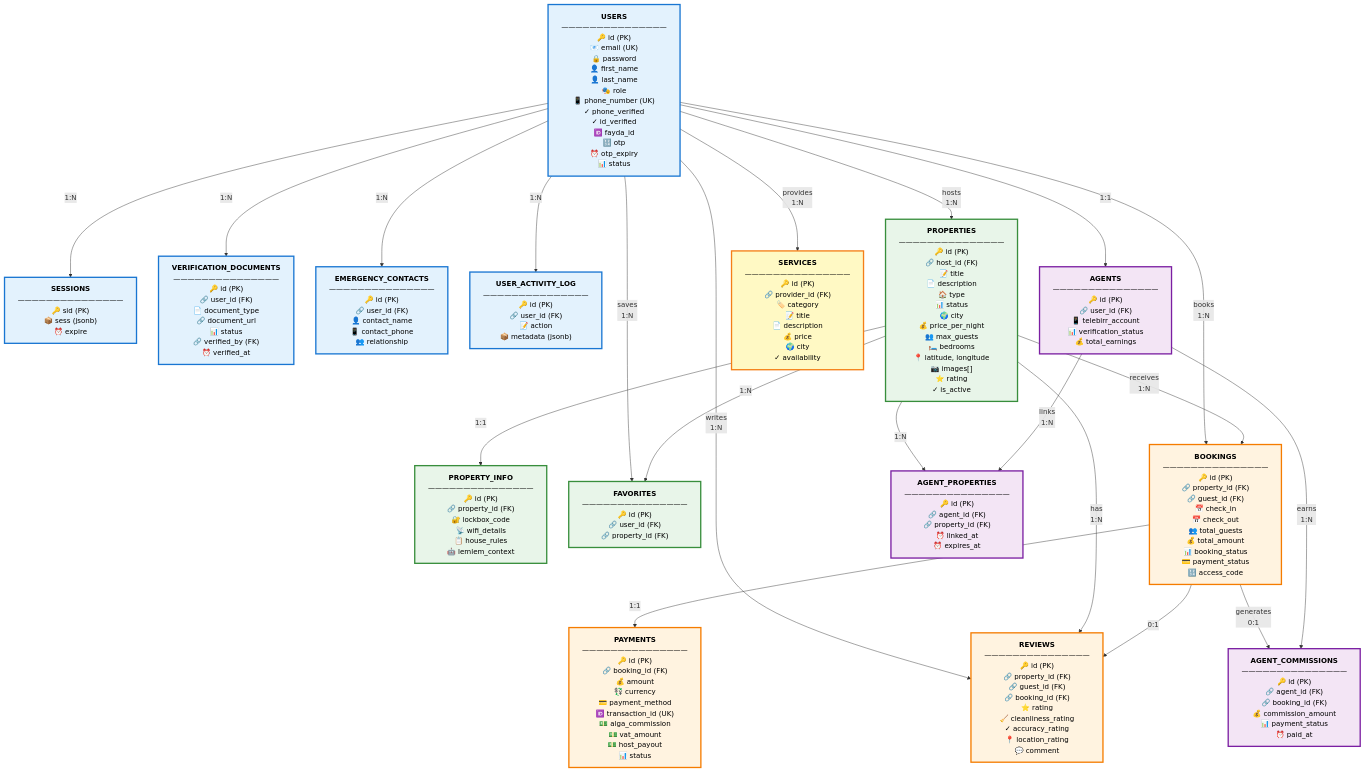
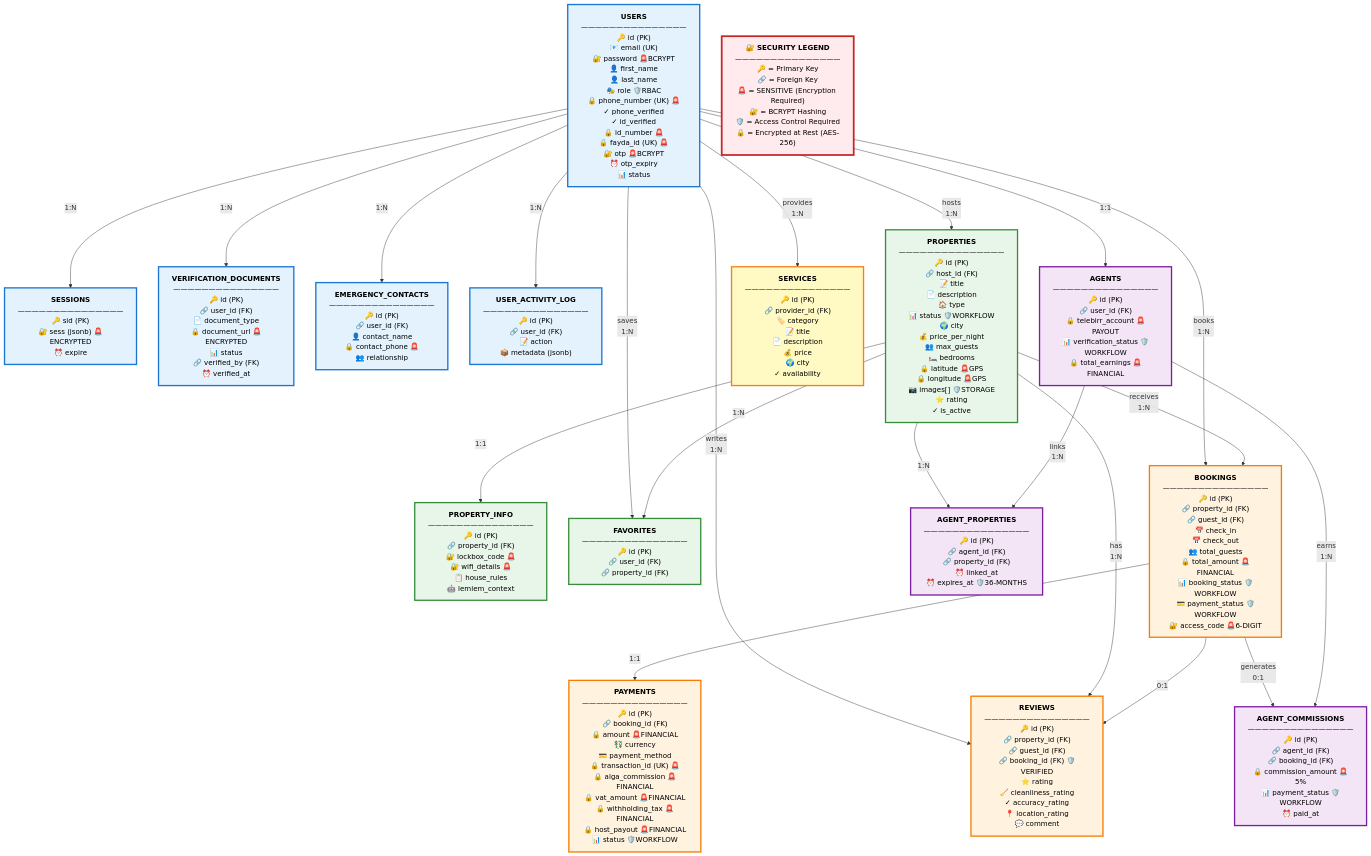
The diagram in docs/diagrams/ERD_Database_Schema.md (Alga-weyni/alga-app), drawn with Mermaid before and after one commit. The commit also changed other lines of this file, not shown here.

First line of the commit message:
Update database diagram to mark sensitive fields requiring encryption and access control

````diff
--- a/docs/diagrams/ERD_Database_Schema.md
+++ b/docs/diagrams/ERD_Database_Schema.md
@@ -7,13 +7,13 @@
     %% CORE USER & AUTHENTICATION GROUP
     %% ========================================
     
-    USERS["<b>USERS</b><br/>———————————————<br/>🔑 id (PK)<br/>📧 email (UK)<br/>🔒 password<br/>👤 first_name<br/>👤 last_name<br/>🎭 role<br/>📱 phone_number (UK)<br/>✓ phone_verified<br/>✓ id_verified<br/>🆔 fayda_id<br/>🔢 otp<br/>⏰ otp_expiry<br/>📊 status"]
+    USERS["<b>USERS</b><br/>———————————————<br/>🔑 id (PK)<br/>📧 email (UK)<br/>🔐 password 🚨BCRYPT<br/>👤 first_name<br/>👤 last_name<br/>🎭 role 🛡️RBAC<br/>🔒 phone_number (UK) 🚨<br/>✓ phone_verified<br/>✓ id_verified<br/>🔒 id_number 🚨<br/>🔒 fayda_id (UK) 🚨<br/>🔐 otp 🚨BCRYPT<br/>⏰ otp_expiry<br/>📊 status"]
     
-    SESSIONS["<b>SESSIONS</b><br/>———————————————<br/>🔑 sid (PK)<br/>📦 sess (jsonb)<br/>⏰ expire"]
+    SESSIONS["<b>SESSIONS</b><br/>———————————————<br/>🔑 sid (PK)<br/>🔐 sess (jsonb) 🚨ENCRYPTED<br/>⏰ expire"]
     
-    VERIFICATION_DOCS["<b>VERIFICATION_DOCUMENTS</b><br/>———————————————<br/>🔑 id (PK)<br/>🔗 user_id (FK)<br/>📄 document_type<br/>🔗 document_url<br/>📊 status<br/>🔗 verified_by (FK)<br/>⏰ verified_at"]
+    VERIFICATION_DOCS["<b>VERIFICATION_DOCUMENTS</b><br/>———————————————<br/>🔑 id (PK)<br/>🔗 user_id (FK)<br/>📄 document_type<br/>🔒 document_url 🚨ENCRYPTED<br/>📊 status<br/>🔗 verified_by (FK)<br/>⏰ verified_at"]
     
-    EMERGENCY["<b>EMERGENCY_CONTACTS</b><br/>———————————————<br/>🔑 id (PK)<br/>🔗 user_id (FK)<br/>👤 contact_name<br/>📱 contact_phone<br/>👥 relationship"]
+    EMERGENCY["<b>EMERGENCY_CONTACTS</b><br/>———————————————<br/>🔑 id (PK)<br/>🔗 user_id (FK)<br/>👤 contact_name<br/>🔒 contact_phone 🚨<br/>👥 relationship"]
     
     ACTIVITY_LOG["<b>USER_ACTIVITY_LOG</b><br/>———————————————<br/>🔑 id (PK)<br/>🔗 user_id (FK)<br/>📝 action<br/>📦 metadata (jsonb)"]
     
@@ -21,9 +21,9 @@
     %% PROPERTY MANAGEMENT GROUP
     %% ========================================
     
-    PROPERTIES["<b>PROPERTIES</b><br/>———————————————<br/>🔑 id (PK)<br/>🔗 host_id (FK)<br/>📝 title<br/>📄 description<br/>🏠 type<br/>📊 status<br/>🌍 city<br/>💰 price_per_night<br/>👥 max_guests<br/>🛏️ bedrooms<br/>📍 latitude, longitude<br/>📷 images[]<br/>⭐ rating<br/>✓ is_active"]
+    PROPERTIES["<b>PROPERTIES</b><br/>———————————————<br/>🔑 id (PK)<br/>🔗 host_id (FK)<br/>📝 title<br/>📄 description<br/>🏠 type<br/>📊 status 🛡️WORKFLOW<br/>🌍 city<br/>💰 price_per_night<br/>👥 max_guests<br/>🛏️ bedrooms<br/>🔒 latitude 🚨GPS<br/>🔒 longitude 🚨GPS<br/>📷 images[] 🛡️STORAGE<br/>⭐ rating<br/>✓ is_active"]
     
-    PROPERTY_INFO["<b>PROPERTY_INFO</b><br/>———————————————<br/>🔑 id (PK)<br/>🔗 property_id (FK)<br/>🔐 lockbox_code<br/>📡 wifi_details<br/>📋 house_rules<br/>🤖 lemlem_context"]
+    PROPERTY_INFO["<b>PROPERTY_INFO</b><br/>———————————————<br/>🔑 id (PK)<br/>🔗 property_id (FK)<br/>🔐 lockbox_code 🚨<br/>🔐 wifi_details 🚨<br/>📋 house_rules<br/>🤖 lemlem_context"]
     
     FAVORITES["<b>FAVORITES</b><br/>———————————————<br/>🔑 id (PK)<br/>🔗 user_id (FK)<br/>🔗 property_id (FK)"]
     
@@ -31,21 +31,21 @@
     %% BOOKING & PAYMENT GROUP
     %% ========================================
     
-    BOOKINGS["<b>BOOKINGS</b><br/>———————————————<br/>🔑 id (PK)<br/>🔗 property_id (FK)<br/>🔗 guest_id (FK)<br/>📅 check_in<br/>📅 check_out<br/>👥 total_guests<br/>💰 total_amount<br/>📊 booking_status<br/>💳 payment_status<br/>🔢 access_code"]
+    BOOKINGS["<b>BOOKINGS</b><br/>———————————————<br/>🔑 id (PK)<br/>🔗 property_id (FK)<br/>🔗 guest_id (FK)<br/>📅 check_in<br/>📅 check_out<br/>👥 total_guests<br/>🔒 total_amount 🚨FINANCIAL<br/>📊 booking_status 🛡️WORKFLOW<br/>💳 payment_status 🛡️WORKFLOW<br/>🔐 access_code 🚨6-DIGIT"]
     
-    PAYMENTS["<b>PAYMENTS</b><br/>———————————————<br/>🔑 id (PK)<br/>🔗 booking_id (FK)<br/>💰 amount<br/>💱 currency<br/>💳 payment_method<br/>🆔 transaction_id (UK)<br/>💵 alga_commission<br/>💵 vat_amount<br/>💵 host_payout<br/>📊 status"]
+    PAYMENTS["<b>PAYMENTS</b><br/>———————————————<br/>🔑 id (PK)<br/>🔗 booking_id (FK)<br/>🔒 amount 🚨FINANCIAL<br/>💱 currency<br/>💳 payment_method<br/>🔒 transaction_id (UK) 🚨<br/>🔒 alga_commission 🚨FINANCIAL<br/>🔒 vat_amount 🚨FINANCIAL<br/>🔒 withholding_tax 🚨FINANCIAL<br/>🔒 host_payout 🚨FINANCIAL<br/>📊 status 🛡️WORKFLOW"]
     
-    REVIEWS["<b>REVIEWS</b><br/>———————————————<br/>🔑 id (PK)<br/>🔗 property_id (FK)<br/>🔗 guest_id (FK)<br/>🔗 booking_id (FK)<br/>⭐ rating<br/>🧹 cleanliness_rating<br/>✓ accuracy_rating<br/>📍 location_rating<br/>💬 comment"]
+    REVIEWS["<b>REVIEWS</b><br/>———————————————<br/>🔑 id (PK)<br/>🔗 property_id (FK)<br/>🔗 guest_id (FK)<br/>🔗 booking_id (FK) 🛡️VERIFIED<br/>⭐ rating<br/>🧹 cleanliness_rating<br/>✓ accuracy_rating<br/>📍 location_rating<br/>💬 comment"]
     
     %% ========================================
     %% AGENT COMMISSION GROUP
     %% ========================================
     
-    AGENTS["<b>AGENTS</b><br/>———————————————<br/>🔑 id (PK)<br/>🔗 user_id (FK)<br/>📱 telebirr_account<br/>📊 verification_status<br/>💰 total_earnings"]
+    AGENTS["<b>AGENTS</b><br/>———————————————<br/>🔑 id (PK)<br/>🔗 user_id (FK)<br/>🔒 telebirr_account 🚨PAYOUT<br/>📊 verification_status 🛡️WORKFLOW<br/>🔒 total_earnings 🚨FINANCIAL"]
     
-    AGENT_PROPS["<b>AGENT_PROPERTIES</b><br/>———————————————<br/>🔑 id (PK)<br/>🔗 agent_id (FK)<br/>🔗 property_id (FK)<br/>⏰ linked_at<br/>⏰ expires_at"]
+    AGENT_PROPS["<b>AGENT_PROPERTIES</b><br/>———————————————<br/>🔑 id (PK)<br/>🔗 agent_id (FK)<br/>🔗 property_id (FK)<br/>⏰ linked_at<br/>⏰ expires_at 🛡️36-MONTHS"]
     
-    AGENT_COMM["<b>AGENT_COMMISSIONS</b><br/>———————————————<br/>🔑 id (PK)<br/>🔗 agent_id (FK)<br/>🔗 booking_id (FK)<br/>💰 commission_amount<br/>📊 payment_status<br/>⏰ paid_at"]
+    AGENT_COMM["<b>AGENT_COMMISSIONS</b><br/>———————————————<br/>🔑 id (PK)<br/>🔗 agent_id (FK)<br/>🔗 booking_id (FK)<br/>🔒 commission_amount 🚨5%<br/>📊 payment_status 🛡️WORKFLOW<br/>⏰ paid_at"]
     
     %% ========================================
     %% SERVICE MARKETPLACE
@@ -85,15 +85,27 @@
     %% STYLING
     %% ========================================
     
+    %% ========================================
+    %% LEGEND
+    %% ========================================
+    
+    LEGEND["<b>🔐 SECURITY LEGEND</b><br/>———————————————<br/>🔑 = Primary Key<br/>🔗 = Foreign Key<br/>🚨 = SENSITIVE (Encryption Required)<br/>🔐 = BCRYPT Hashing<br/>🛡️ = Access Control Required<br/>🔒 = Encrypted at Rest (AES-256)"]
+    
+    %% ========================================
+    %% STYLING
+    %% ========================================
+    
     classDef userClass fill:#e3f2fd,stroke:#1976d2,stroke-width:3px,color:#000
     classDef propertyClass fill:#e8f5e9,stroke:#388e3c,stroke-width:3px,color:#000
     classDef bookingClass fill:#fff3e0,stroke:#f57c00,stroke-width:3px,color:#000
     classDef agentClass fill:#f3e5f5,stroke:#7b1fa2,stroke-width:3px,color:#000
     classDef serviceClass fill:#fff9c4,stroke:#f57f17,stroke-width:3px,color:#000
+    classDef legendClass fill:#ffebee,stroke:#c62828,stroke-width:4px,color:#000
     
     class USERS,SESSIONS,VERIFICATION_DOCS,EMERGENCY,ACTIVITY_LOG userClass
     class PROPERTIES,PROPERTY_INFO,FAVORITES propertyClass
     class BOOKINGS,PAYMENTS,REVIEWS bookingClass
     class AGENTS,AGENT_PROPS,AGENT_COMM agentClass
     class SERVICES serviceClass
+    class LEGEND legendClass
 ```
````
